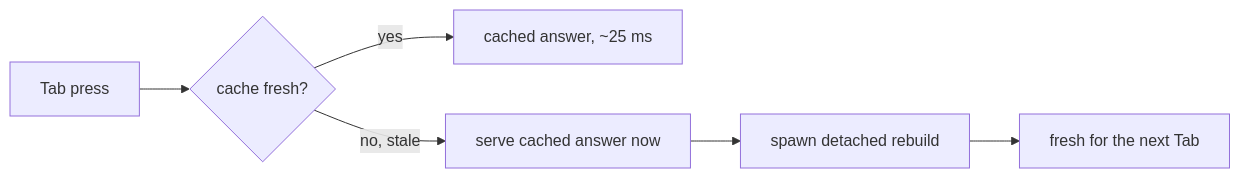
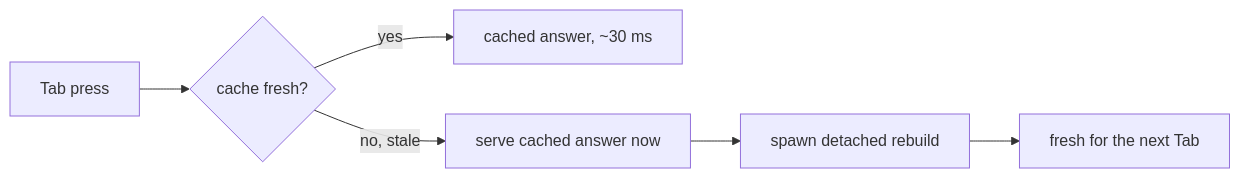
The diagram in docs/completion.md (willemkokke/footman), drawn with Mermaid before and after one commit. The commit also changed other lines of this file and 7 other files, not shown here.

````diff
--- a/docs/completion.md
+++ b/docs/completion.md
@@ -66,8 +66,8 @@
 ``` mermaid
 graph LR
   tab["Tab press"] --> fresh{cache fresh?}
-  fresh -->|yes| answer["cached answer, ~25 ms"]
+  fresh -->|yes| answer["cached answer, ~30 ms"]
   fresh -->|"no, stale"| serve["serve cached answer now"]
   serve --> rebuild["spawn detached rebuild"]
   rebuild --> nexttime["fresh for the next Tab"]
 ```
````
